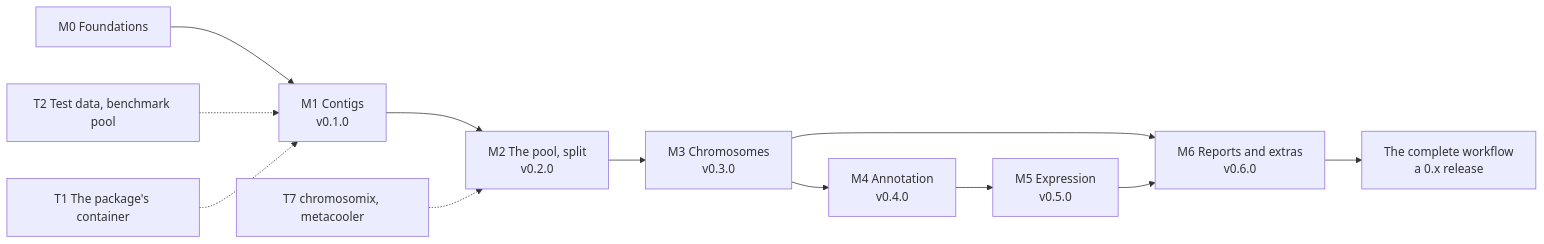
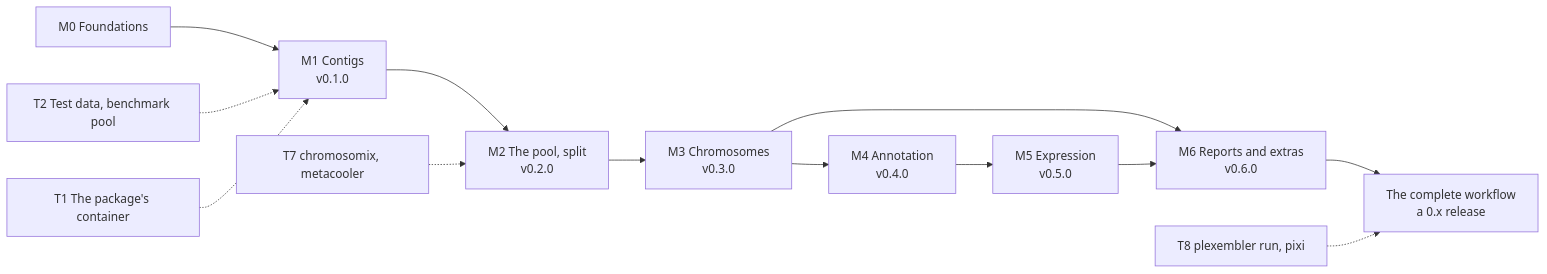
Before and after one commit to js2264/plexembler: the diagram in docs/plan.md, drawn with Mermaid. The commit also changed other lines of this file and 15 other files, not shown here.

````diff
--- a/docs/plan.md
+++ b/docs/plan.md
@@ -8,14 +8,15 @@
 ```mermaid
 flowchart LR
   M0[M0 Foundations] --> M1[M1 Contigs<br>v0.1.0]
   M1 --> M2[M2 The pool, split<br>v0.2.0]
   M2 --> M3[M3 Chromosomes<br>v0.3.0]
   M3 --> M4[M4 Annotation<br>v0.4.0]
   M4 --> M5[M5 Expression<br>v0.5.0]
   M3 --> M6[M6 Reports and extras<br>v0.6.0]
   M5 --> M6
   M6 --> C[The complete workflow<br>a 0.x release]
   T2[T2 Test data, benchmark pool] -.-> M1
   T1[T1 The package's container] -.-> M1
   T7[T7 chromosomix, metacooler] -.-> M2
+  T8[T8 plexembler run, pixi] -.-> C
 ```
````
